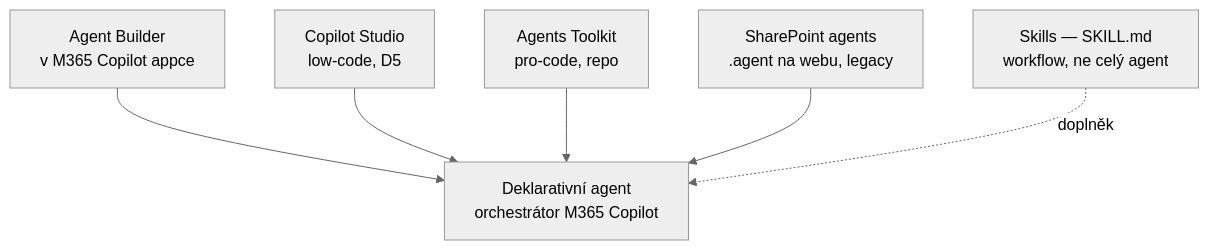
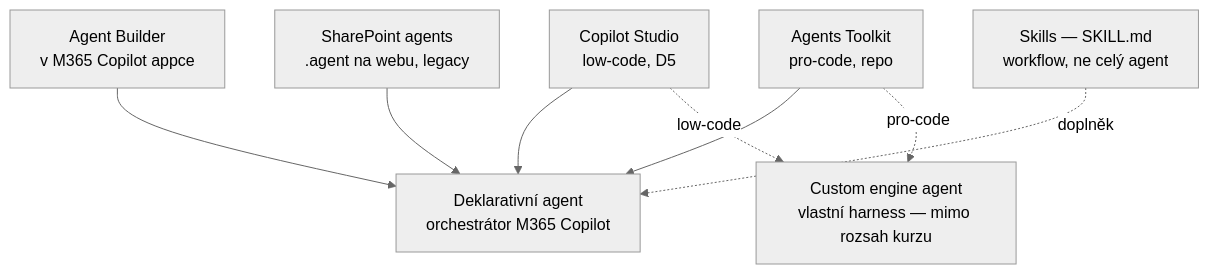
The first of 2 diagrams in day-4/copilot-agents/README.md (MalasekPetr/gopas-goc224), drawn with Mermaid (neutral theme) before and after one commit. The commit also changed other lines of this file and 6 other files, not shown here.

Commit message:
Harness = orchestrator (D2), two complementary agent paths (D4), D5 + glossary links

````diff
--- a/day-4/copilot-agents/README.md
+++ b/day-4/copilot-agents/README.md
@@ -40,9 +41,12 @@
 ```mermaid
 flowchart TB
   DA[Deklarativní agent<br>orchestrátor M365 Copilot]
   AB[Agent Builder<br>v M365 Copilot appce] --> DA
   CS[Copilot Studio<br>low-code, D5] --> DA
   ATK[Agents Toolkit<br>pro-code, repo] --> DA
   SPA[SharePoint agents<br>.agent na webu, legacy] --> DA
   SK[Skills — SKILL.md<br>workflow, ne celý agent] -.doplněk.-> DA
+  CE[Custom engine agent<br>vlastní harness — mimo rozsah kurzu]
+  ATK -.pro-code.-> CE
+  CS -.low-code.-> CE
 ```
````
